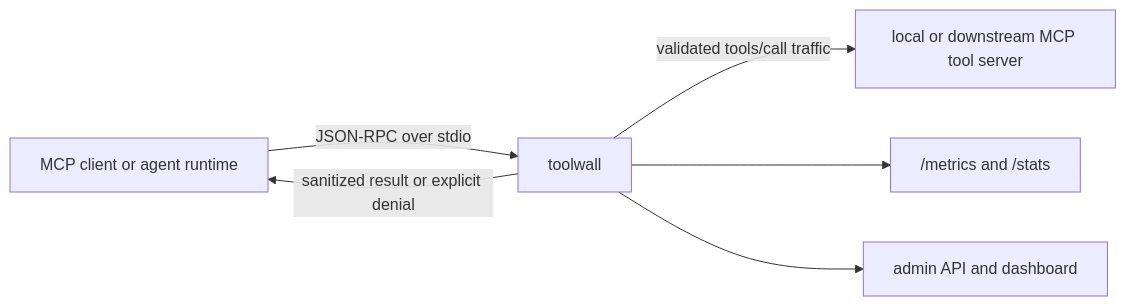
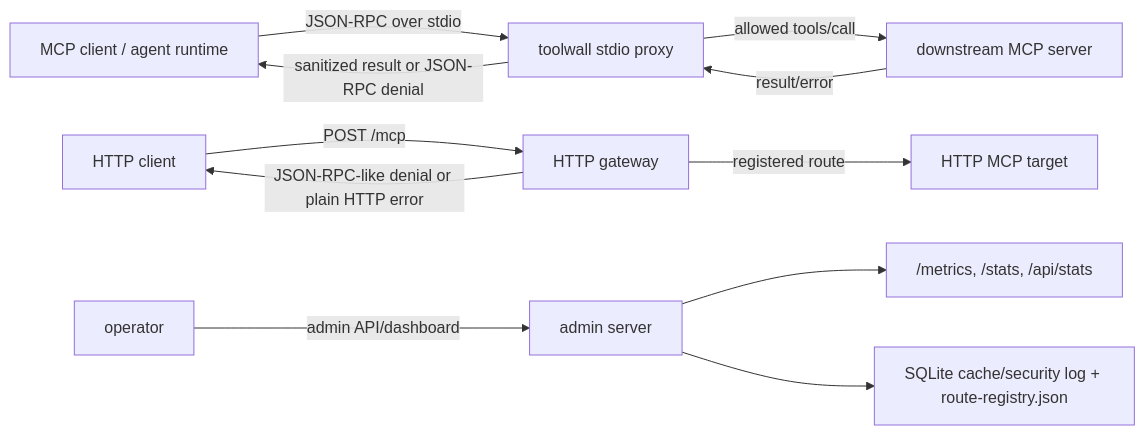
Before and after one commit to maksboreichuk88-commits/MCP-server: the diagram in docs/ARCHITECTURE.md, drawn with Mermaid. The commit also changed other lines of this file and 8 other files, not shown here.

````diff
--- a/docs/ARCHITECTURE.md
+++ b/docs/ARCHITECTURE.md
@@ -3,8 +5,15 @@
 ```mermaid
 flowchart LR
-  Client["MCP client or agent runtime"] -->|JSON-RPC over stdio| Firewall["toolwall"]
-  Firewall -->|validated tools/call traffic| Target["local or downstream MCP tool server"]
-  Firewall -->|sanitized result or explicit denial| Client
-  Firewall --> Metrics["/metrics and /stats"]
-  Firewall --> Dashboard["admin API and dashboard"]
+  Client["MCP client / agent runtime"] -->|JSON-RPC over stdio| Stdio["toolwall stdio proxy"]
+  Stdio -->|allowed tools/call| Target["downstream MCP server"]
+  Target -->|result/error| Stdio
+  Stdio -->|sanitized result or JSON-RPC denial| Client
+
+  HttpClient["HTTP client"] -->|POST /mcp| Gateway["HTTP gateway"]
+  Gateway -->|registered route| HttpTarget["HTTP MCP target"]
+  Gateway -->|JSON-RPC-like denial or plain HTTP error| HttpClient
+
+  Admin["operator"] -->|admin API/dashboard| Control["admin server"]
+  Control --> Metrics["/metrics, /stats, /api/stats"]
+  Control --> State["SQLite cache/security log + route-registry.json"]
 ```
````
